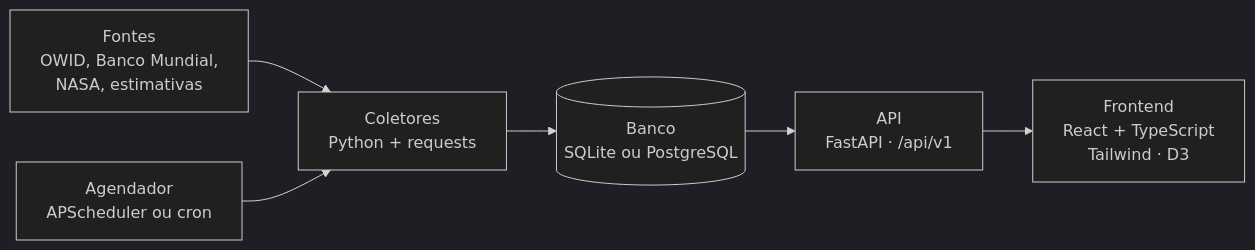
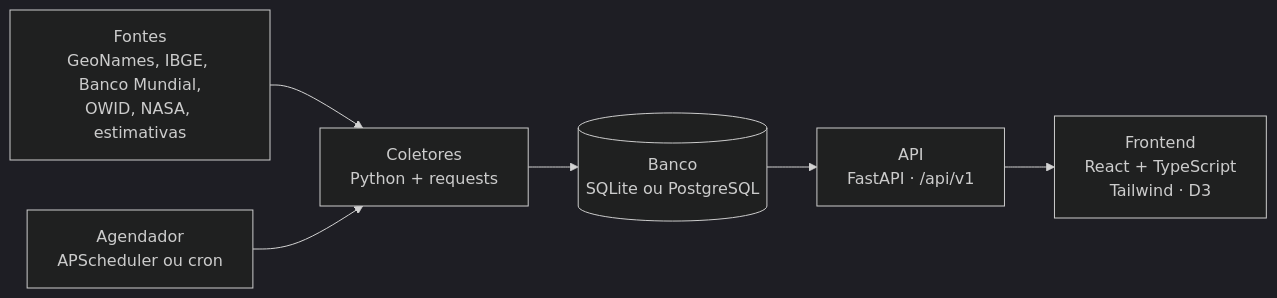
One commit to The-BitLab-Team/world_data_view changed the diagram in README.md. Above: the diagram before and after it, drawn with Mermaid (dark theme). The commit also changed other lines of this file and 1 other file, not shown here.

First line of the commit message:
Atualiza README e fontes com a coleta real e os lugares

````diff
--- a/README.md
+++ b/README.md
@@ -33,8 +41,8 @@
 ```mermaid
 flowchart LR
-    A["Fontes<br/>OWID, Banco Mundial,<br/>NASA, estimativas"] --> B["Coletores<br/>Python + requests"]
+    A["Fontes<br/>GeoNames, IBGE, Banco Mundial,<br/>OWID, NASA, estimativas"] --> B["Coletores<br/>Python + requests"]
     B --> C[("Banco<br/>SQLite ou PostgreSQL")]
     C --> D["API<br/>FastAPI · /api/v1"]
     D --> E["Frontend<br/>React + TypeScript<br/>Tailwind · D3"]
     S["Agendador<br/>APScheduler ou cron"] --> B
 ```
````
